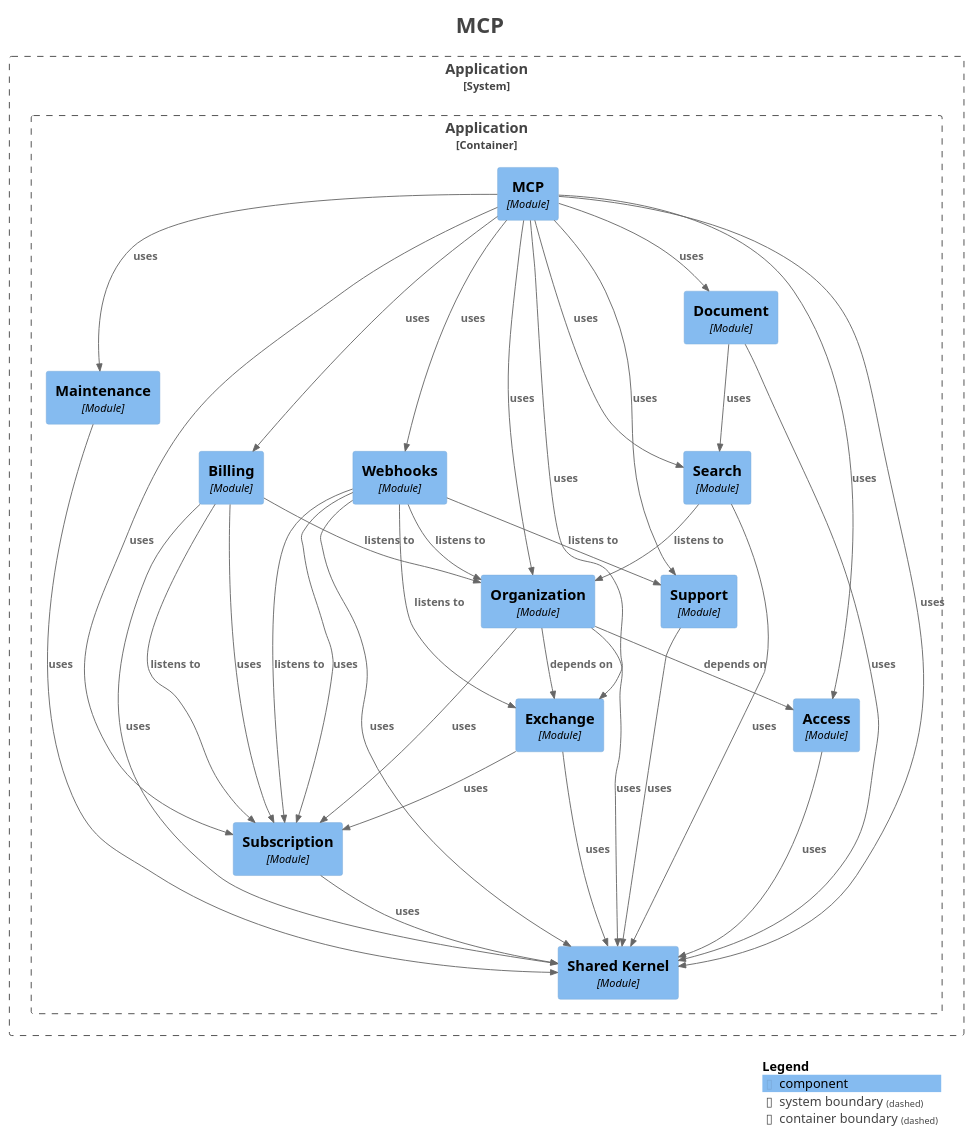
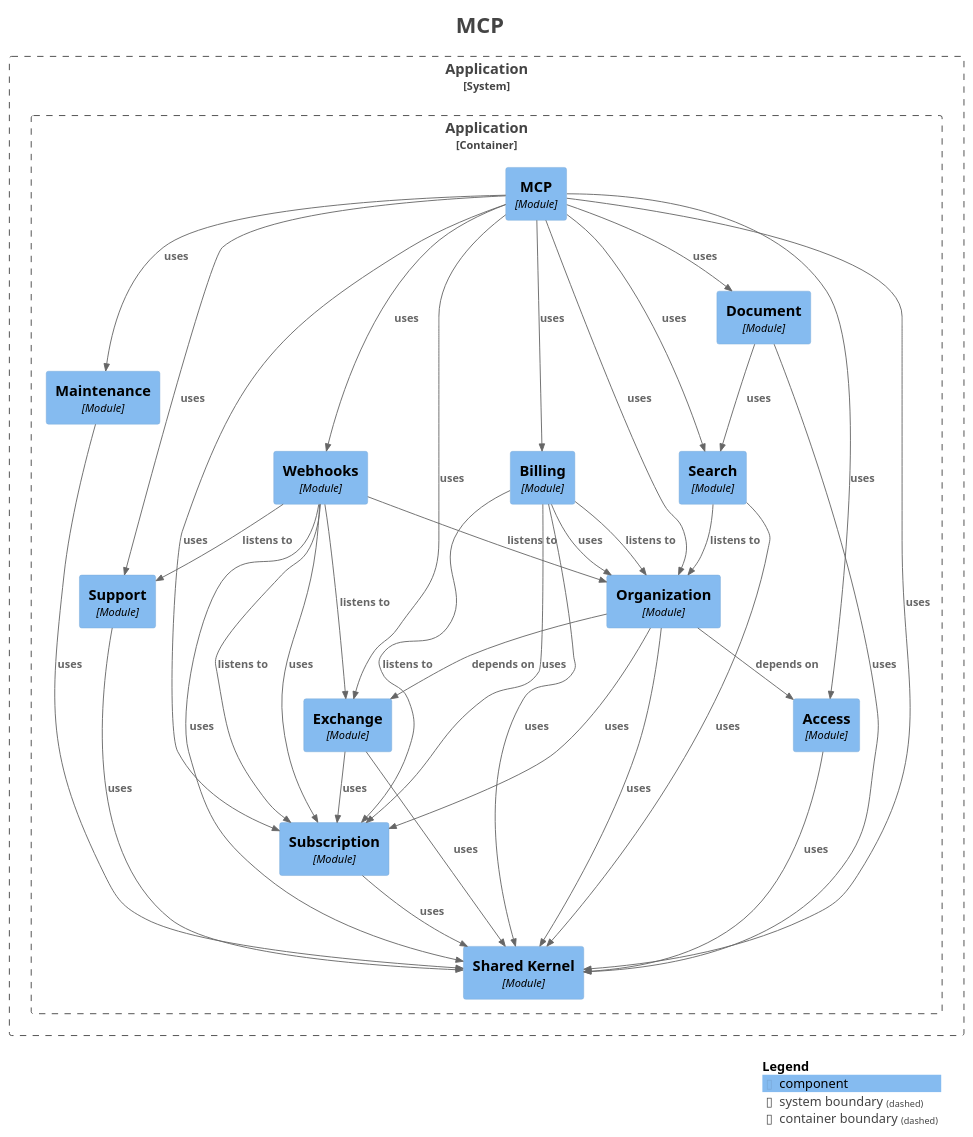
The diagram in docs/modulith/module-mcp.puml (Paul-Ayesiga/enterprise-modulith-template), drawn with PlantUML before and after one commit. The commit also changed 76 other files, not shown here.

```diff
--- a/docs/modulith/module-mcp.puml
+++ b/docs/modulith/module-mcp.puml
@@ -1,74 +1,75 @@
 @startuml
 title <size:24>MCP</size>
 
 set separator none
 top to bottom direction
 
 <style>
   root {
     BackgroundColor: #ffffff
     FontColor: #444444
   }
 </style>
 
 !include <C4/C4>
 !include <C4/C4_Context>
 !include <C4/C4_Component>
 
 System_Boundary("Application_boundary", "Application", $tags="") {
   Container_Boundary("Application.Application_boundary", "Application", $tags="") {
     Component(Application.Application.Maintenance, "Maintenance", $techn="Module", $descr="", $tags="", $link="")
     Component(Application.Application.Subscription, "Subscription", $techn="Module", $descr="", $tags="", $link="")
     Component(Application.Application.Exchange, "Exchange", $techn="Module", $descr="", $tags="", $link="")
     Component(Application.Application.Organization, "Organization", $techn="Module", $descr="", $tags="", $link="")
     Component(Application.Application.Billing, "Billing", $techn="Module", $descr="", $tags="", $link="")
     Component(Application.Application.Search, "Search", $techn="Module", $descr="", $tags="", $link="")
     Component(Application.Application.Support, "Support", $techn="Module", $descr="", $tags="", $link="")
     Component(Application.Application.Document, "Document", $techn="Module", $descr="", $tags="", $link="")
     Component(Application.Application.Webhooks, "Webhooks", $techn="Module", $descr="", $tags="", $link="")
     Component(Application.Application.MCP, "MCP", $techn="Module", $descr="", $tags="", $link="")
     Component(Application.Application.SharedKernel, "Shared Kernel", $techn="Module", $descr="", $tags="", $link="")
     Component(Application.Application.Access, "Access", $techn="Module", $descr="", $tags="", $link="")
   }
 
 }
 
-Rel(Application.Application.Organization, Application.Application.SharedKernel, "uses", $techn="", $tags="", $link="")
-Rel(Application.Application.Organization, Application.Application.Subscription, "uses", $techn="", $tags="", $link="")
-Rel(Application.Application.Maintenance, Application.Application.SharedKernel, "uses", $techn="", $tags="", $link="")
-Rel(Application.Application.Access, Application.Application.SharedKernel, "uses", $techn="", $tags="", $link="")
 Rel(Application.Application.Search, Application.Application.Organization, "listens to", $techn="", $tags="", $link="")
 Rel(Application.Application.Search, Application.Application.SharedKernel, "uses", $techn="", $tags="", $link="")
-Rel(Application.Application.Document, Application.Application.Search, "uses", $techn="", $tags="", $link="")
-Rel(Application.Application.Document, Application.Application.SharedKernel, "uses", $techn="", $tags="", $link="")
-Rel(Application.Application.Support, Application.Application.SharedKernel, "uses", $techn="", $tags="", $link="")
-Rel(Application.Application.Subscription, Application.Application.SharedKernel, "uses", $techn="", $tags="", $link="")
-Rel(Application.Application.Exchange, Application.Application.SharedKernel, "uses", $techn="", $tags="", $link="")
-Rel(Application.Application.Exchange, Application.Application.Subscription, "uses", $techn="", $tags="", $link="")
+Rel(Application.Application.Maintenance, Application.Application.SharedKernel, "uses", $techn="", $tags="", $link="")
 Rel(Application.Application.Billing, Application.Application.Subscription, "listens to", $techn="", $tags="", $link="")
 Rel(Application.Application.Billing, Application.Application.Organization, "listens to", $techn="", $tags="", $link="")
 Rel(Application.Application.Billing, Application.Application.Subscription, "uses", $techn="", $tags="", $link="")
 Rel(Application.Application.Billing, Application.Application.SharedKernel, "uses", $techn="", $tags="", $link="")
-Rel(Application.Application.Webhooks, Application.Application.Organization, "listens to", $techn="", $tags="", $link="")
-Rel(Application.Application.Webhooks, Application.Application.Exchange, "listens to", $techn="", $tags="", $link="")
-Rel(Application.Application.Webhooks, Application.Application.Subscription, "listens to", $techn="", $tags="", $link="")
-Rel(Application.Application.Webhooks, Application.Application.Support, "listens to", $techn="", $tags="", $link="")
-Rel(Application.Application.Webhooks, Application.Application.SharedKernel, "uses", $techn="", $tags="", $link="")
-Rel(Application.Application.Webhooks, Application.Application.Subscription, "uses", $techn="", $tags="", $link="")
+Rel(Application.Application.Billing, Application.Application.Organization, "uses", $techn="", $tags="", $link="")
+Rel(Application.Application.Support, Application.Application.SharedKernel, "uses", $techn="", $tags="", $link="")
+Rel(Application.Application.Exchange, Application.Application.SharedKernel, "uses", $techn="", $tags="", $link="")
+Rel(Application.Application.Exchange, Application.Application.Subscription, "uses", $techn="", $tags="", $link="")
+Rel(Application.Application.Access, Application.Application.SharedKernel, "uses", $techn="", $tags="", $link="")
 Rel(Application.Application.MCP, Application.Application.SharedKernel, "uses", $techn="", $tags="", $link="")
 Rel(Application.Application.MCP, Application.Application.Webhooks, "uses", $techn="", $tags="", $link="")
 Rel(Application.Application.MCP, Application.Application.Access, "uses", $techn="", $tags="", $link="")
 Rel(Application.Application.MCP, Application.Application.Maintenance, "uses", $techn="", $tags="", $link="")
 Rel(Application.Application.MCP, Application.Application.Subscription, "uses", $techn="", $tags="", $link="")
 Rel(Application.Application.MCP, Application.Application.Document, "uses", $techn="", $tags="", $link="")
 Rel(Application.Application.MCP, Application.Application.Exchange, "uses", $techn="", $tags="", $link="")
 Rel(Application.Application.MCP, Application.Application.Organization, "uses", $techn="", $tags="", $link="")
 Rel(Application.Application.MCP, Application.Application.Search, "uses", $techn="", $tags="", $link="")
 Rel(Application.Application.MCP, Application.Application.Billing, "uses", $techn="", $tags="", $link="")
 Rel(Application.Application.MCP, Application.Application.Support, "uses", $techn="", $tags="", $link="")
 Rel(Application.Application.Organization, Application.Application.Access, "depends on", $techn="", $tags="", $link="")
 Rel(Application.Application.Organization, Application.Application.Exchange, "depends on", $techn="", $tags="", $link="")
+Rel(Application.Application.Organization, Application.Application.SharedKernel, "uses", $techn="", $tags="", $link="")
+Rel(Application.Application.Organization, Application.Application.Subscription, "uses", $techn="", $tags="", $link="")
+Rel(Application.Application.Document, Application.Application.Search, "uses", $techn="", $tags="", $link="")
+Rel(Application.Application.Document, Application.Application.SharedKernel, "uses", $techn="", $tags="", $link="")
+Rel(Application.Application.Subscription, Application.Application.SharedKernel, "uses", $techn="", $tags="", $link="")
+Rel(Application.Application.Webhooks, Application.Application.Organization, "listens to", $techn="", $tags="", $link="")
+Rel(Application.Application.Webhooks, Application.Application.Support, "listens to", $techn="", $tags="", $link="")
+Rel(Application.Application.Webhooks, Application.Application.Exchange, "listens to", $techn="", $tags="", $link="")
+Rel(Application.Application.Webhooks, Application.Application.Subscription, "listens to", $techn="", $tags="", $link="")
+Rel(Application.Application.Webhooks, Application.Application.SharedKernel, "uses", $techn="", $tags="", $link="")
+Rel(Application.Application.Webhooks, Application.Application.Subscription, "uses", $techn="", $tags="", $link="")
 
 SHOW_LEGEND(true)
 hide stereotypes
 @enduml
```
